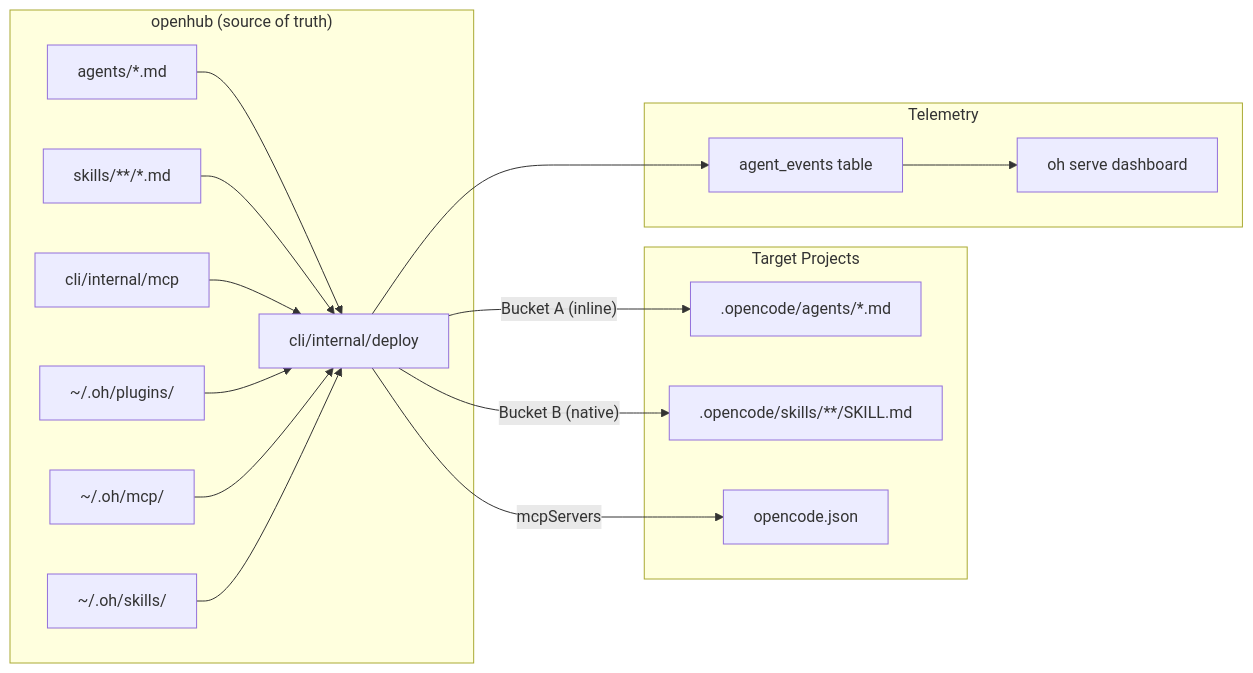
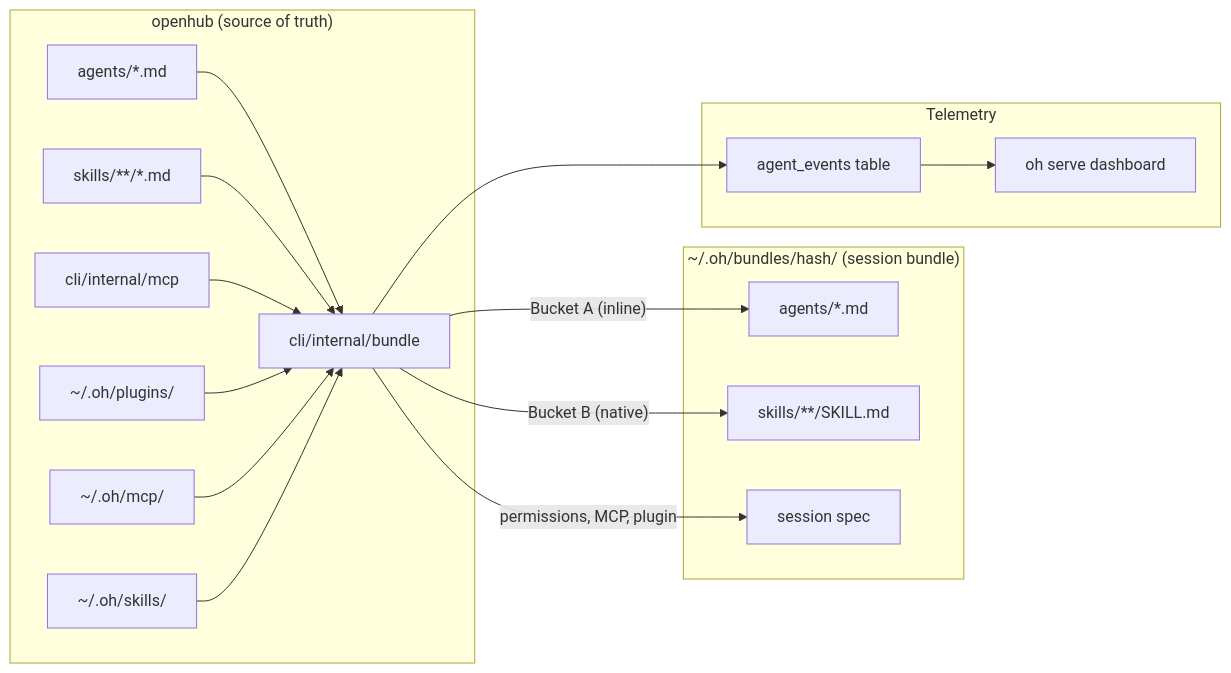
One commit to datichb/openhub changed the second of 4 diagrams in docs/architecture/overview.en.md. Above: the diagram before and after it, drawn with Mermaid. The commit also changed other lines of this file and 92 other files, not shown here.

````diff
--- a/docs/architecture/overview.en.md
+++ b/docs/architecture/overview.en.md
@@ -171,22 +174,22 @@
 ```mermaid
 flowchart LR
     subgraph HUB["openhub (source of truth)"]
-        A[agents/*.md] --> DEP[cli/internal/deploy]
+        A[agents/*.md] --> DEP[cli/internal/bundle]
         S[skills/**/*.md] --> DEP
         MCP[cli/internal/mcp] --> DEP
         PLG[~/.oh/plugins/] --> DEP
         MCPREG[~/.oh/mcp/] --> DEP
         SKM[~/.oh/skills/] --> DEP
     end
 
-    subgraph PROJECTS["Target Projects"]
-        DEP -->|"Bucket A (inline)"| P1[".opencode/agents/*.md"]
-        DEP -->|"Bucket B (native)"| P2[".opencode/skills/**/SKILL.md"]
-        DEP -->|"mcpServers"| P3["opencode.json"]
+    subgraph BUNDLE["~/.oh/bundles/hash/ (session bundle)"]
+        DEP -->|"Bucket A (inline)"| P1["agents/*.md"]
+        DEP -->|"Bucket B (native)"| P2["skills/**/SKILL.md"]
+        DEP -->|"permissions, MCP, plugin"| P3["session spec"]
     end
 
     subgraph TELEMETRY["Telemetry"]
         DEP --> EVT[agent_events table]
         EVT --> DASH[oh serve dashboard]
     end
 ```
````
